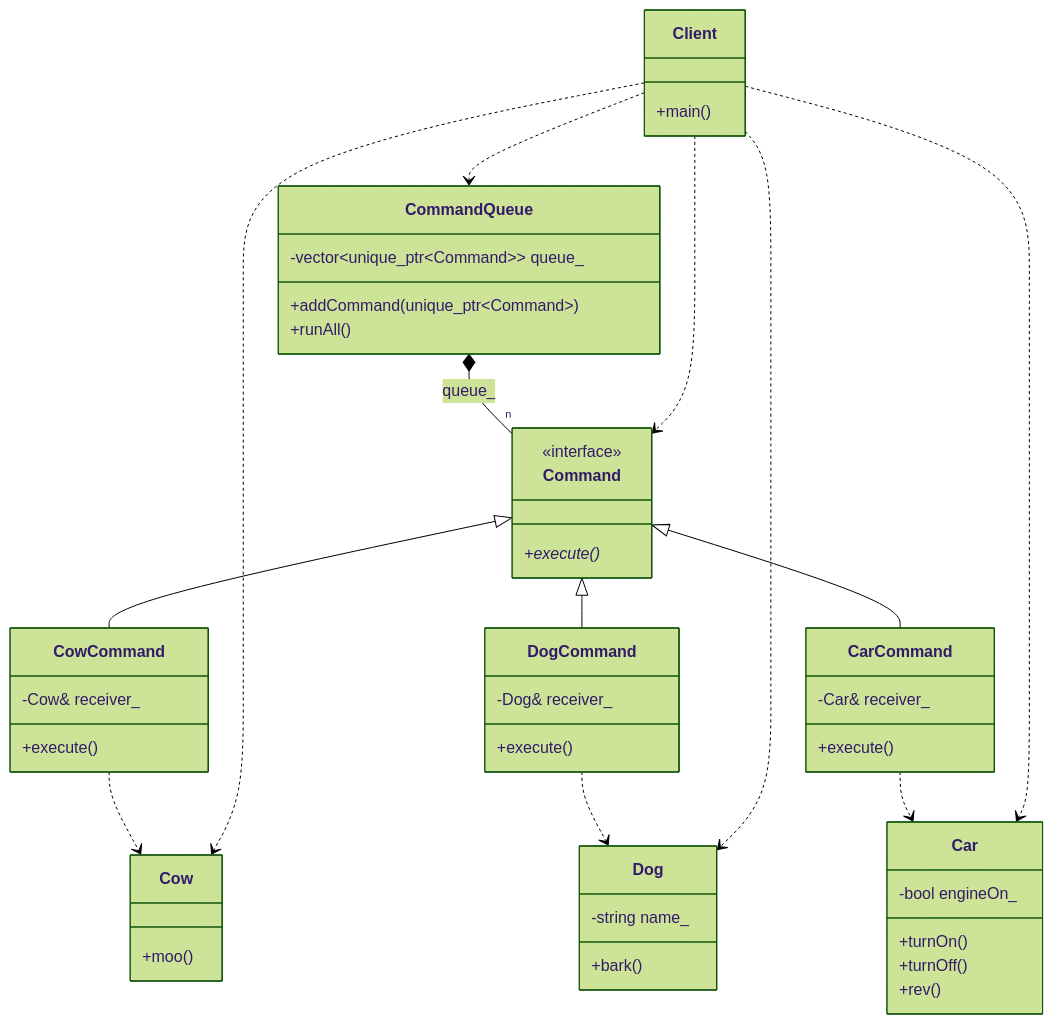
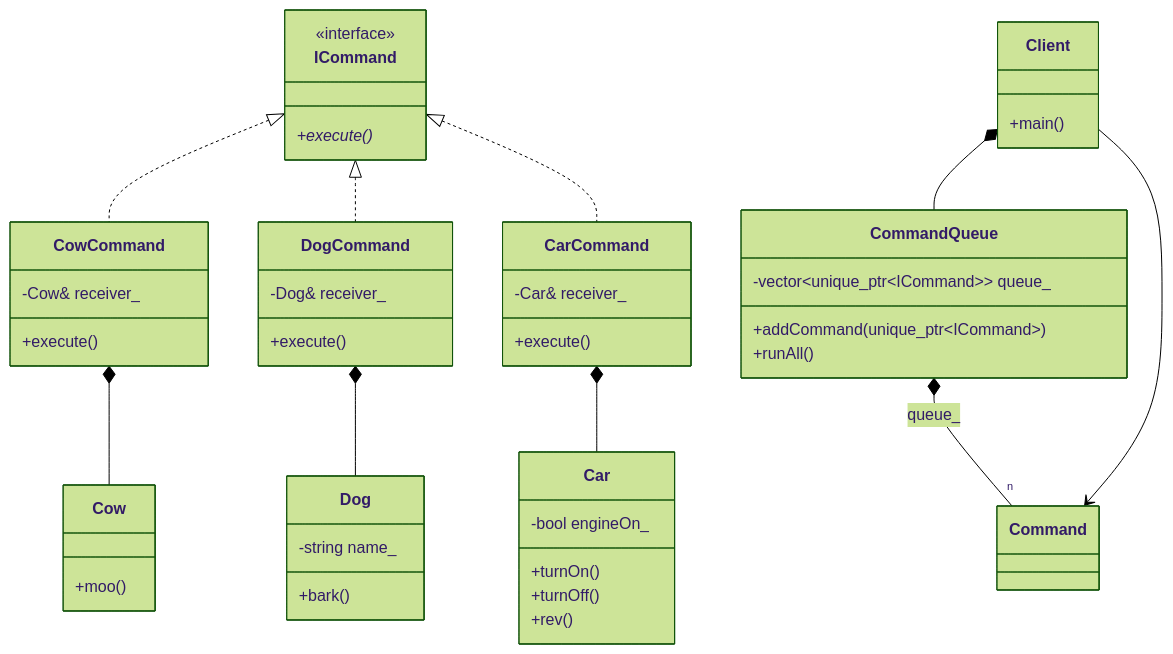
Before and after one commit to Cichlidfishexigency721/Modern-CPP-Design-Patterns: the diagram in 19_Command/01_Command_GoF/README.md, drawn with Mermaid (forest theme). The commit also changed other lines of this file and 2 other files, not shown here.

Commit message:
UML improvement

````diff
--- a/19_Command/01_Command_GoF/README.md
+++ b/19_Command/01_Command_GoF/README.md
@@ -22,70 +22,66 @@
 ```mermaid
 classDiagram
-   class Command {
+   class ICommand {
       <<interface>>
       +execute()*
    }
 
    class CowCommand {
       -Cow& receiver_
       +execute()
    }
 
    class DogCommand {
       -Dog& receiver_
       +execute()
    }
 
    class CarCommand {
       -Car& receiver_
       +execute()
    }
 
    class Cow {
       +moo()
    }
 
    class Dog {
       -string name_
       +bark()
    }
 
    class Car {
       -bool engineOn_
       +turnOn()
       +turnOff()
       +rev()
    }
 
    class CommandQueue {
-      -vector~unique_ptr~Command~~ queue_
-      +addCommand(unique_ptr~Command~)
+      -vector~unique_ptr~ICommand~~ queue_
+      +addCommand(unique_ptr~ICommand~)
       +runAll()
    }
 
    class Client {
       +main()
    }
 
-   %% Inheritance (Is_a) - No numbers
-   Command <|-- CowCommand
-   Command <|-- DogCommand
-   Command <|-- CarCommand
+   %% Inheritance (Implements)
+   ICommand <|.. CowCommand
+   ICommand <|.. DogCommand
+   ICommand <|.. CarCommand
 
-   %% The Invoker owns the commands
+   %% The CommandQueue owns the commands
    %% Composition (Has_a) - Multiplicity "n" at the end
    CommandQueue *-- "n" Command : queue_
 
    %% Commands depend on their Receivers to do the work
-   %% Dependency (..>) - No numbers
-   CowCommand ..> Cow
-   DogCommand ..> Dog
-   CarCommand ..> Car
+   CowCommand *-- Cow
+   DogCommand *-- Dog
+   CarCommand *-- Car
 
    %% Client orchestrates everything
-   Client ..> CommandQueue
-   Client ..> Command
-   Client ..> Cow
-   Client ..> Dog
-   Client ..> Car
+   Client *-- CommandQueue
+   Client --> Command
 ```
````
